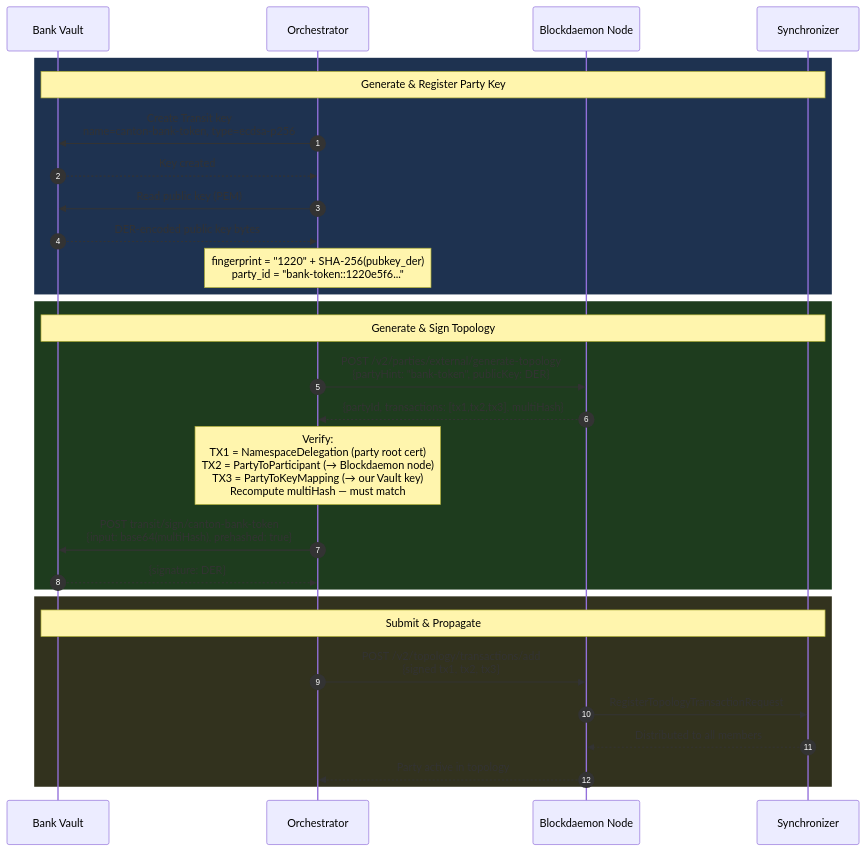
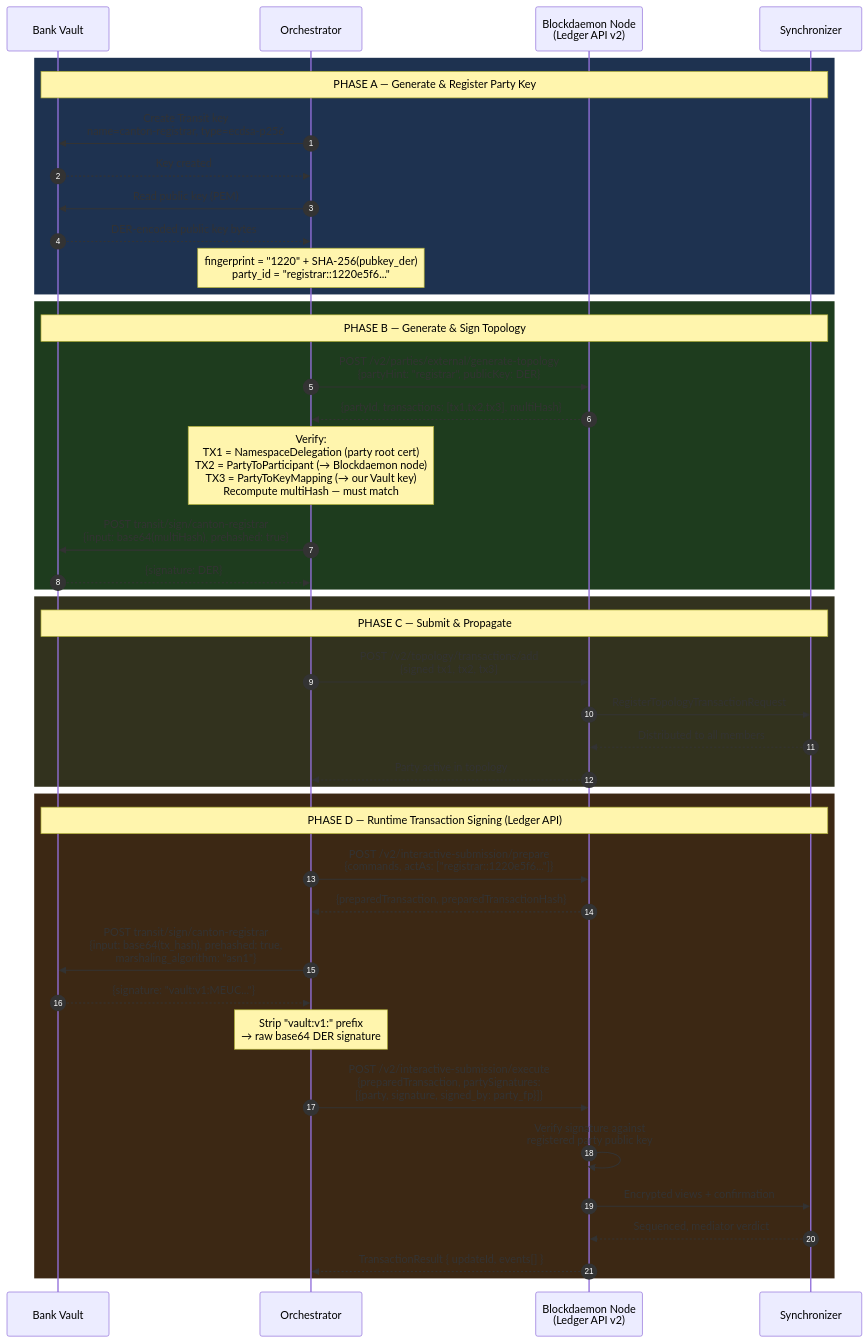
One commit to sickle5stone/canton changed the sixth of 9 diagrams in onboarding-detailed.md. Above: the diagram before and after it, drawn with Mermaid. The commit also changed other lines of this file and 1 other file, not shown here.

````diff
--- a/onboarding-detailed.md
+++ b/onboarding-detailed.md
@@ -602,36 +906,53 @@
 ```mermaid
 sequenceDiagram
     autonumber
     participant Vault as Bank Vault
     participant Orch as Orchestrator
-    participant Node as Blockdaemon Node
+    participant Node as Blockdaemon Node<br/>(Ledger API v2)
     participant Sync as Synchronizer
 
     rect rgb(30, 50, 80)
-    Note over Vault,Sync: Generate & Register Party Key
-    Orch->>Vault: Create Transit key<br/>name=canton-bank-token, type=ecdsa-p256
+    Note over Vault,Sync: PHASE A — Generate & Register Party Key
+    Orch->>Vault: Create Transit key<br/>name=canton-registrar, type=ecdsa-p256
     Vault-->>Orch: Key created
     Orch->>Vault: Read public key (PEM)
     Vault-->>Orch: DER-encoded public key bytes
-    Note over Orch: fingerprint = "1220" + SHA-256(pubkey_der)<br/>party_id = "bank-token::1220e5f6..."
+    Note over Orch: fingerprint = "1220" + SHA-256(pubkey_der)<br/>party_id = "registrar::1220e5f6..."
     end
 
     rect rgb(30, 60, 30)
-    Note over Vault,Sync: Generate & Sign Topology
-    Orch->>Node: POST /v2/parties/external/generate-topology<br/>{partyHint: "bank-token", publicKey: DER}
+    Note over Vault,Sync: PHASE B — Generate & Sign Topology
+    Orch->>Node: POST /v2/parties/external/generate-topology<br/>{partyHint: "registrar", publicKey: DER}
     Node-->>Orch: {partyId, transactions: [tx1,tx2,tx3], multiHash}
 
     Note over Orch: Verify:<br/>TX1 = NamespaceDelegation (party root cert)<br/>TX2 = PartyToParticipant (→ Blockdaemon node)<br/>TX3 = PartyToKeyMapping (→ our Vault key)<br/>Recompute multiHash — must match
 
-    Orch->>Vault: POST transit/sign/canton-bank-token<br/>{input: base64(multiHash), prehashed: true}
+    Orch->>Vault: POST transit/sign/canton-registrar<br/>{input: base64(multiHash), prehashed: true}
     Vault-->>Orch: {signature: DER}
     end
 
     rect rgb(50, 50, 30)
-    Note over Vault,Sync: Submit & Propagate
+    Note over Vault,Sync: PHASE C — Submit & Propagate
     Orch->>Node: POST /v2/topology/transactions/add<br/>{signed tx1, tx2, tx3}
     Node->>Sync: RegisterTopologyTransactionRequest
     Sync-->>Node: Distributed to all members
     Node-->>Orch: Party active in topology
     end
+
+    rect rgb(60, 40, 20)
+    Note over Vault,Sync: PHASE D — Runtime Transaction Signing (Ledger API)
+    Orch->>Node: POST /v2/interactive-submission/prepare<br/>{commands, actAs: ["registrar::1220e5f6..."]}
+    Node-->>Orch: {preparedTransaction, preparedTransactionHash}
+
+    Orch->>Vault: POST transit/sign/canton-registrar<br/>{input: base64(tx_hash), prehashed: true,<br/>marshaling_algorithm: "asn1"}
+    Vault-->>Orch: {signature: "vault:v1:MEUC..."}
+
+    Note over Orch: Strip "vault:v1:" prefix<br/>→ raw base64 DER signature
+
+    Orch->>Node: POST /v2/interactive-submission/execute<br/>{preparedTransaction, partySignatures:<br/>[{party, signature, signed_by: party_fp}]}
+    Node->>Node: Verify signature against<br/>registered party public key
+    Node->>Sync: Encrypted views + confirmation
+    Sync-->>Node: Sequenced, mediator verdict
+    Node-->>Orch: TransactionResult { updateId, events[] }
+    end
 ```
````
